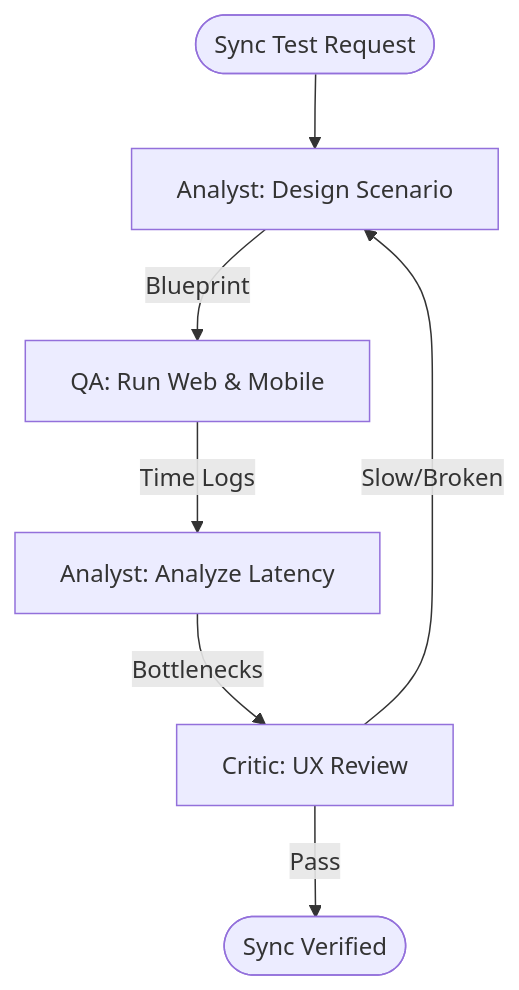
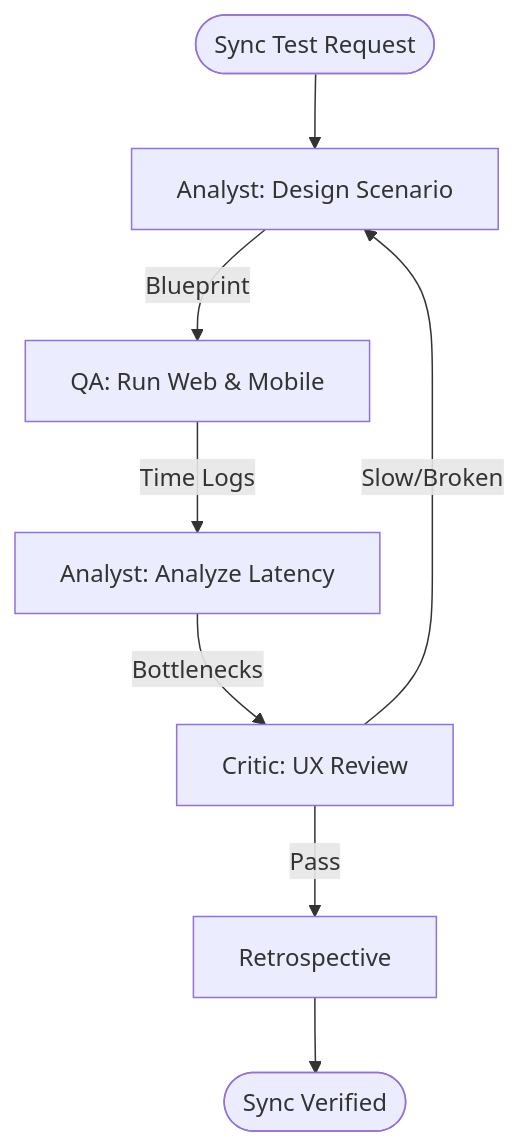
One commit to seanspiesman/Agents-and-Workflows changed the diagram in custom-agents/workflows/quality/SyncE2E.workflow.md. Above: the diagram before and after it, drawn with Mermaid. The commit also changed other lines of this file and 38 other files, not shown here.

````diff
--- a/custom-agents/workflows/quality/SyncE2E.workflow.md
+++ b/custom-agents/workflows/quality/SyncE2E.workflow.md
@@ -55,9 +63,10 @@
 ```mermaid
 flowchart TD
     Start([Sync Test Request]) --> P1[Analyst: Design Scenario]
     P1 -->|Blueprint| P2[QA: Run Web & Mobile]
     P2 -->|Time Logs| P3[Analyst: Analyze Latency]
     P3 -->|Bottlenecks| P4[Critic: UX Review]
     P4 -->|Slow/Broken| P1
-    P4 -->|Pass| End([Sync Verified])
+    P4 -->|Pass| P5[Retrospective]
+    P5 --> End([Sync Verified])
 ```
````
